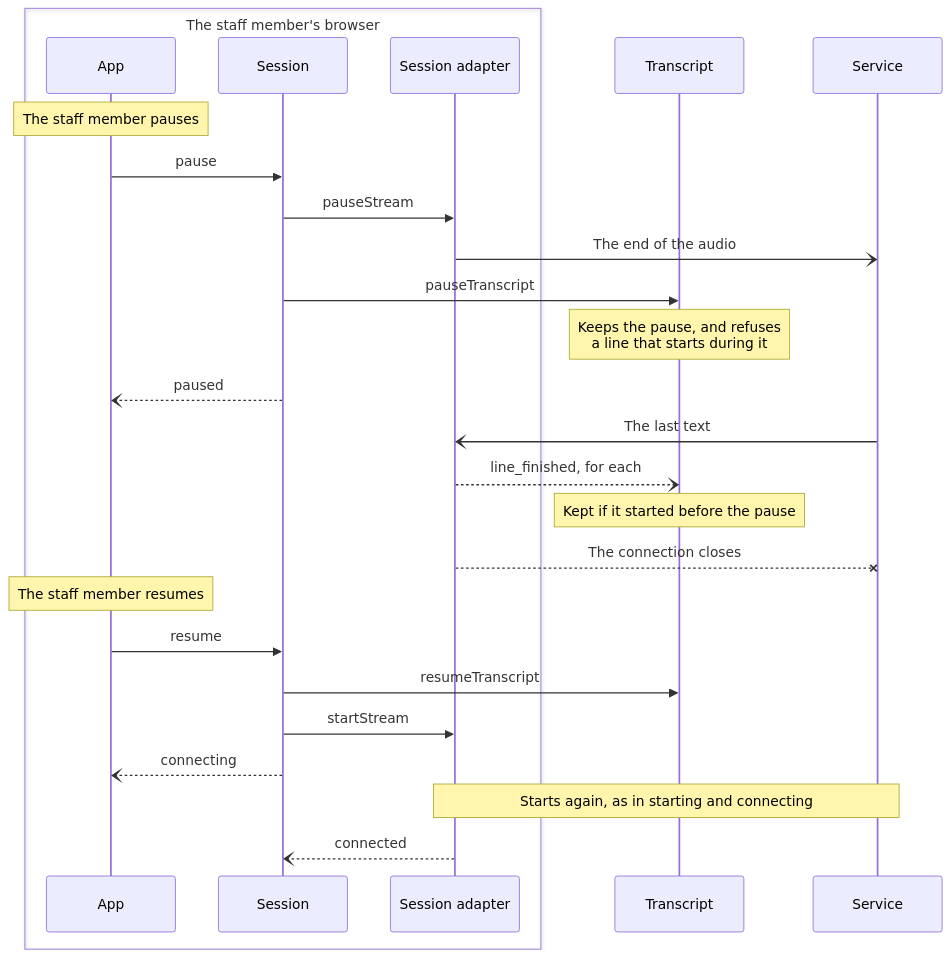
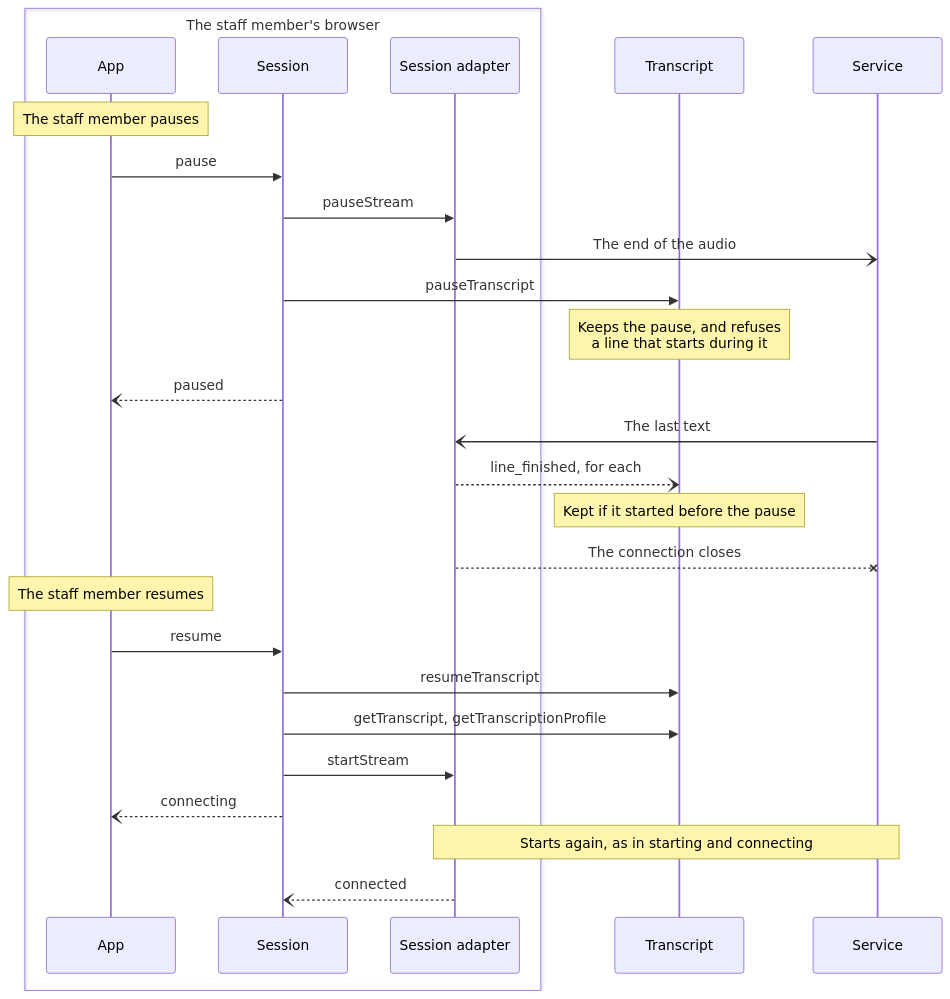
The fourth of 8 diagrams in docs/architecture/domains/communication-transcripts.md (codeforamerica/safety-net-blueprint), drawn with Mermaid before and after one commit. The commit also changed other lines of this file, not shown here.

````diff
--- a/docs/architecture/domains/communication-transcripts.md
+++ b/docs/architecture/domains/communication-transcripts.md
@@ -228,29 +231,30 @@
 ```mermaid
 sequenceDiagram
     box The staff member's browser
         participant App
         participant Session
         participant Adapter as Session adapter
     end
     participant Server as Transcript
     participant Service
 
     Note over App: The staff member pauses
     App->>Session: pause
     Session->>Adapter: pauseStream
     Adapter-)Service: The end of the audio
     Session->>Server: pauseTranscript
     Note over Server: Keeps the pause, and refuses<br/>a line that starts during it
     Session--)App: paused
     Service-)Adapter: The last text
     Adapter--)Server: line_finished, for each
     Note over Server: Kept if it started before the pause
     Adapter--xService: The connection closes
     Note over App: The staff member resumes
     App->>Session: resume
     Session->>Server: resumeTranscript
+    Session->>Server: getTranscript, getTranscriptionProfile
     Session->>Adapter: startStream
     Session--)App: connecting
     Note over Adapter,Service: Starts again, as in starting and connecting
     Adapter--)Session: connected
 ```
````
